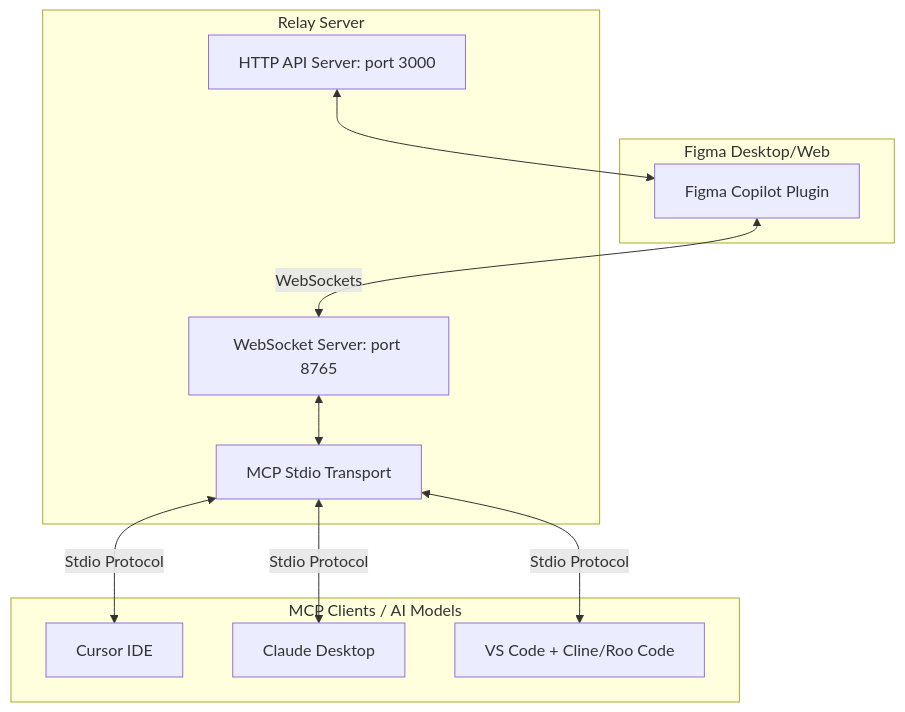
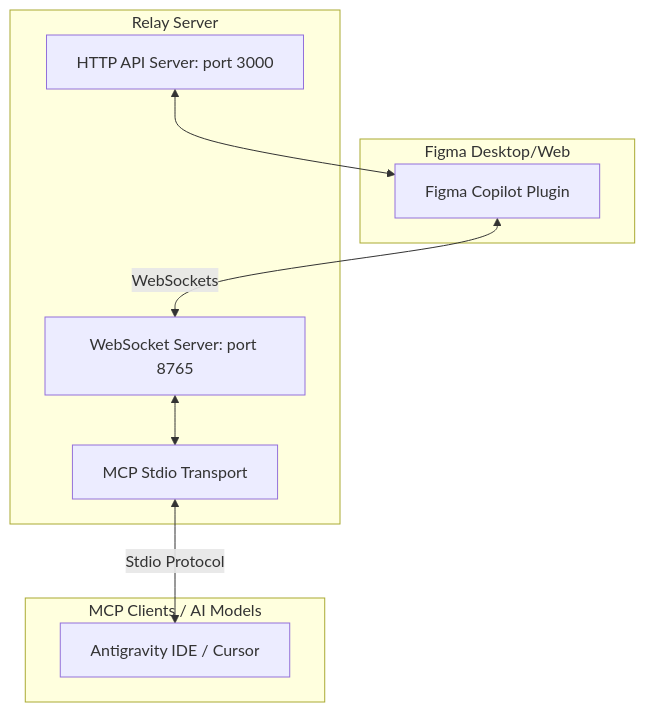
One commit to A123dg/figma-desktop-mcp changed the diagram in README.md. Above: the diagram before and after it, drawn with Mermaid. The commit also changed other lines of this file, not shown here.

````diff
--- a/README.md
+++ b/README.md
@@ -9,25 +9,21 @@
 ```mermaid
 graph TD
     subgraph Figma Desktop/Web
         Plugin[Figma Copilot Plugin]
     end
 
     subgraph Relay Server
         WS[WebSocket Server: port 8765]
         HTTP[HTTP API Server: port 3000]
         MCP[MCP Stdio Transport]
     end
 
     subgraph MCP Clients / AI Models
-        Cursor[Cursor IDE]
-        Claude[Claude Desktop]
-        VSCode[VS Code + Cline/Roo Code]
+        IDE[Antigravity IDE / Cursor]
     end
 
     Plugin <-->|WebSockets| WS
     WS <--> MCP
     HTTP <--> Plugin
-    MCP <-->|Stdio Protocol| Cursor
-    MCP <-->|Stdio Protocol| Claude
-    MCP <-->|Stdio Protocol| VSCode
+    MCP <-->|Stdio Protocol| IDE
 ```
````
